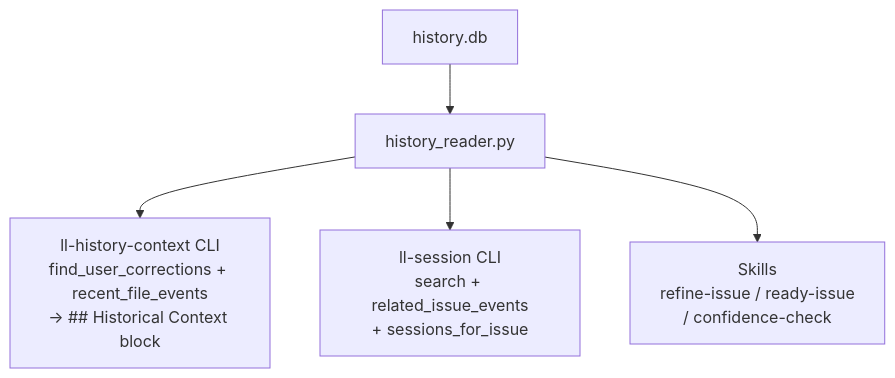
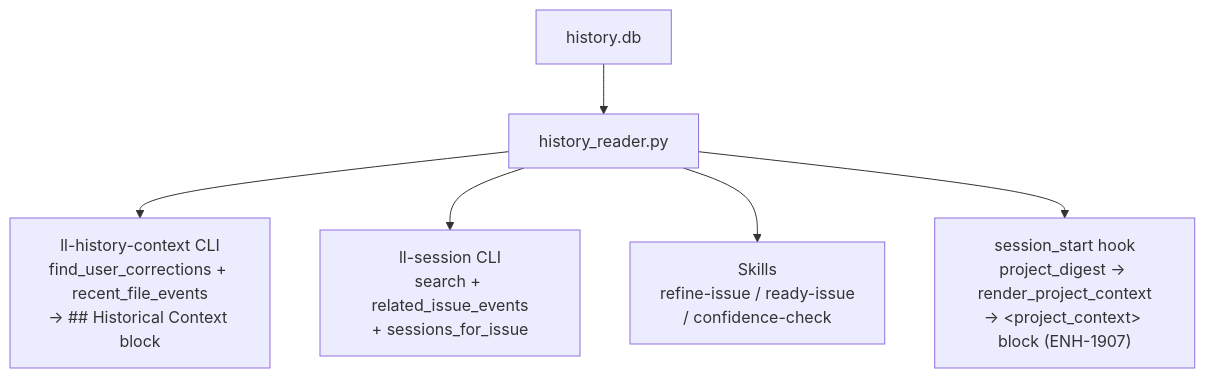
One commit to BrennonTWilliams/little-loops changed the sixth of 16 diagrams in docs/ARCHITECTURE.md. Above: the diagram before and after it, drawn with Mermaid. The commit also changed other lines of this file and 10 other files, not shown here.

First line of the commit message:
feat(history): project-context snapshot injected at session start (ENH-1907)

````diff
--- a/docs/ARCHITECTURE.md
+++ b/docs/ARCHITECTURE.md
@@ -616,9 +616,10 @@
 ```mermaid
 flowchart TB
     DB[history.db]
     HR[history_reader.py]
     DB --> HR
     HR --> HC["ll-history-context CLI<br/>find_user_corrections + recent_file_events<br/>→ ## Historical Context block"]
     HR --> LS["ll-session CLI<br/>search + related_issue_events<br/>+ sessions_for_issue"]
     HR --> SK["Skills<br/>refine-issue / ready-issue<br/>/ confidence-check"]
+    HR --> SS2["session_start hook<br/>project_digest → render_project_context<br/>→ &lt;project_context&gt; block (ENH-1907)"]
 ```
````
